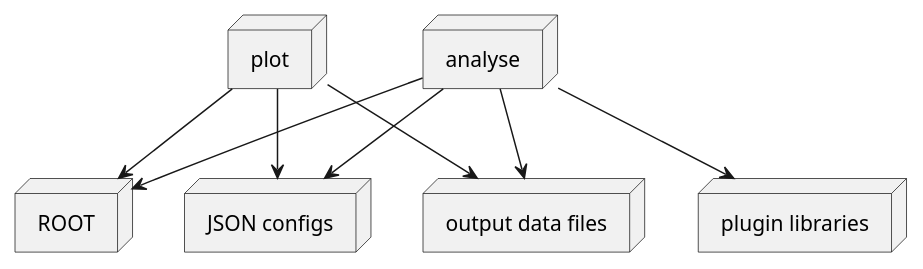
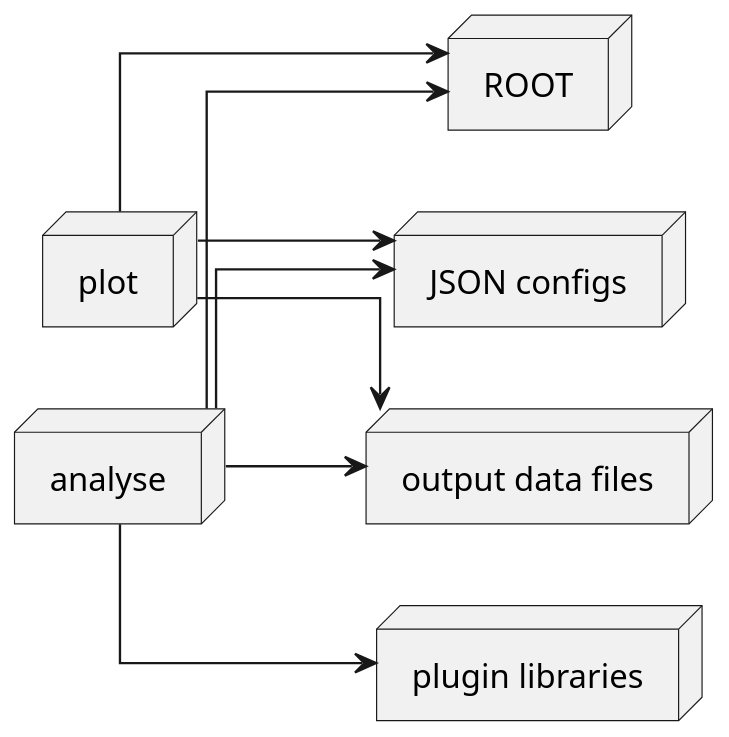
Before and after one commit to njlane314/rarexsec-analysis: the diagram in docs/deployment_diagram.puml, drawn with PlantUML. The commit also changed 4 other files, not shown here.

Commit message:
Apply uniform style to PlantUML diagrams

```diff
--- a/docs/deployment_diagram.puml
+++ b/docs/deployment_diagram.puml
@@ -1,19 +1,35 @@
 @startuml
+left to right direction
+skinparam {
+  linetype ortho
+  packageStyle rectangle
+  classAttributeIconSize 0
+  shadowing false
+  dpi 150
+  pageMargin 10
+  pageWidth 8.27in
+  pageHeight 11.69in
+  roundCorner 15
+  classFontName Helvetica
+}
+
+hide empty members
+
 node analyse
 node plot
 
 node ROOT
 node "JSON configs"
 
 node "plugin libraries"
 
 node "output data files"
 
 analyse --> ROOT
 analyse --> "JSON configs"
 analyse --> "plugin libraries"
 analyse --> "output data files"
 plot --> ROOT
 plot --> "JSON configs"
 plot --> "output data files"
 @enduml
```
